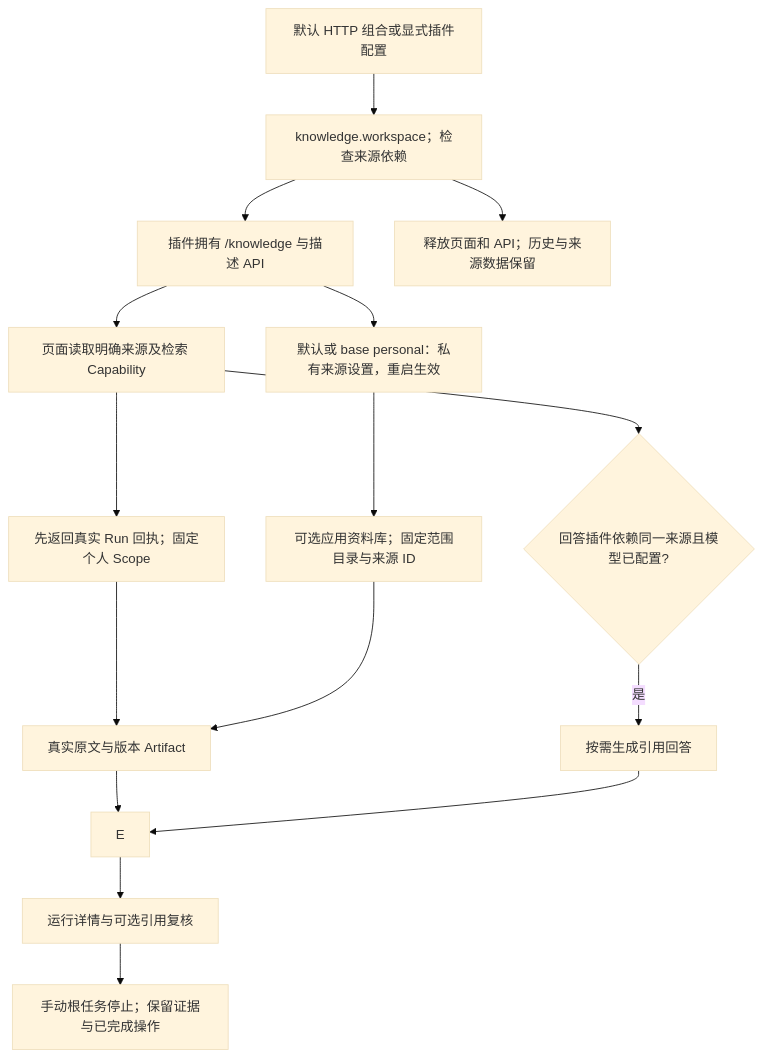
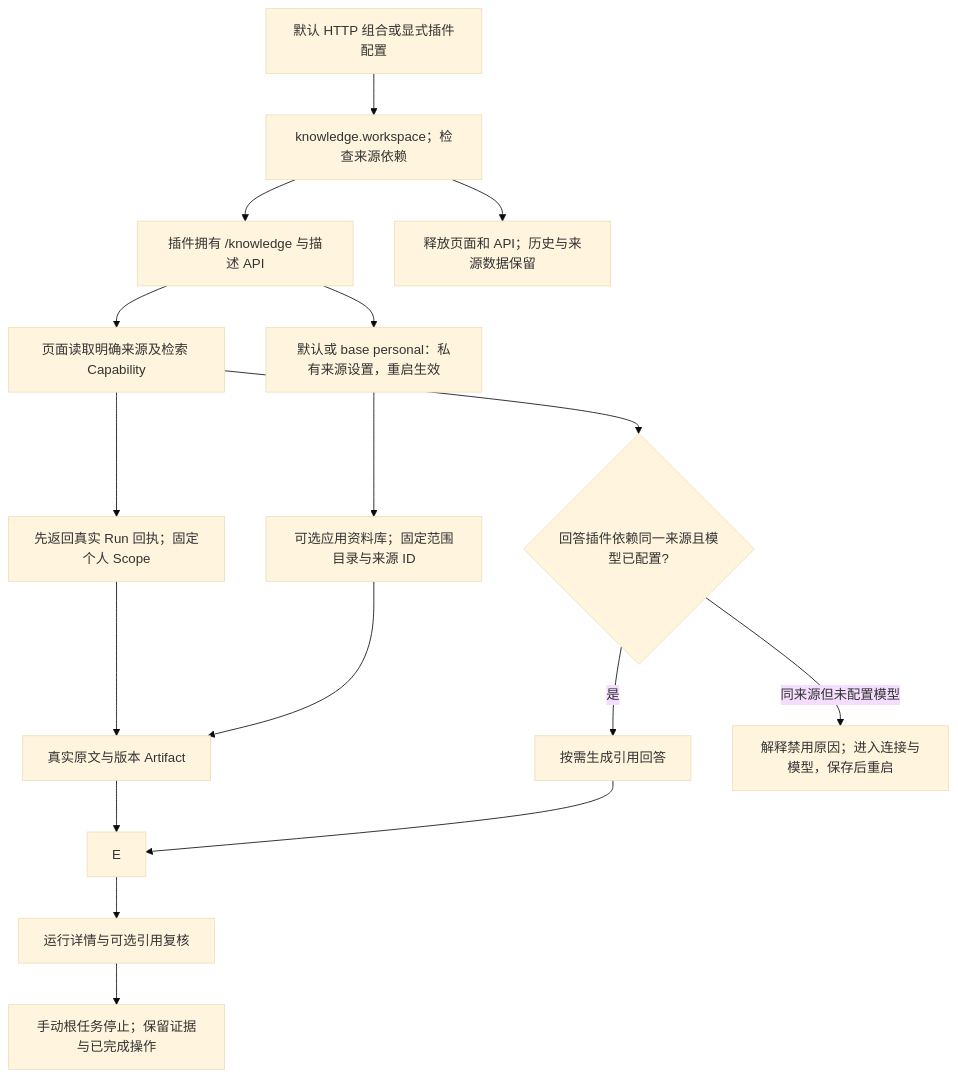
Before and after one commit to KlayPeter/AI-Delivery-Ops-Agent: the first of 2 diagrams in backend/src/knowledge/workspace/FEATURE.md, drawn with Mermaid (base theme). The commit also changed other lines of this file and 9 other files, not shown here.

````diff
--- a/backend/src/knowledge/workspace/FEATURE.md
+++ b/backend/src/knowledge/workspace/FEATURE.md
@@ -19,18 +19,19 @@
 ```mermaid
 flowchart TD
     C[默认 HTTP 组合或显式插件配置] --> P[knowledge.workspace；检查来源依赖]
     P --> W[插件拥有 /knowledge 与描述 API]
     W --> V[页面读取明确来源及检索 Capability]
     V --> R[先返回真实 Run 回执；固定个人 Scope]
     D --> STOPRUN[手动根任务停止；保留证据与已完成操作]
     R --> K[已选择的 Markdown 或网页 Agent]
     K --> E
     CFG --> LIB[可选应用资料库；固定范围目录与来源 ID]
     LIB --> K[真实原文与版本 Artifact]
     E --> D[运行详情与可选引用复核]
     V --> MATCH{回答插件依赖同一来源且模型已配置?}
     MATCH -- 是 --> A[按需生成引用回答]
+    MATCH -- 同来源但未配置模型 --> GUIDE[解释禁用原因；进入连接与模型，保存后重启]
     A --> E
     W --> CFG[默认或 base personal：私有来源设置，重启生效]
     P --> STOP[释放页面和 API；历史与来源数据保留]
 ```
````
